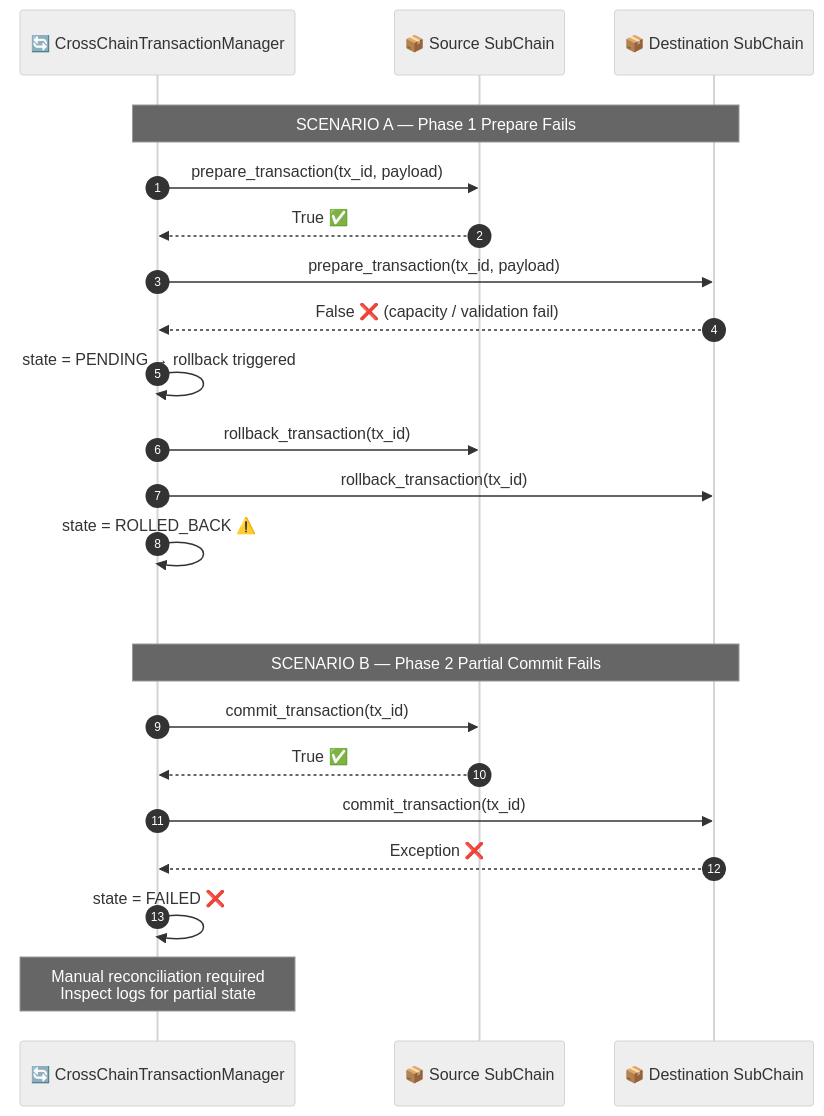
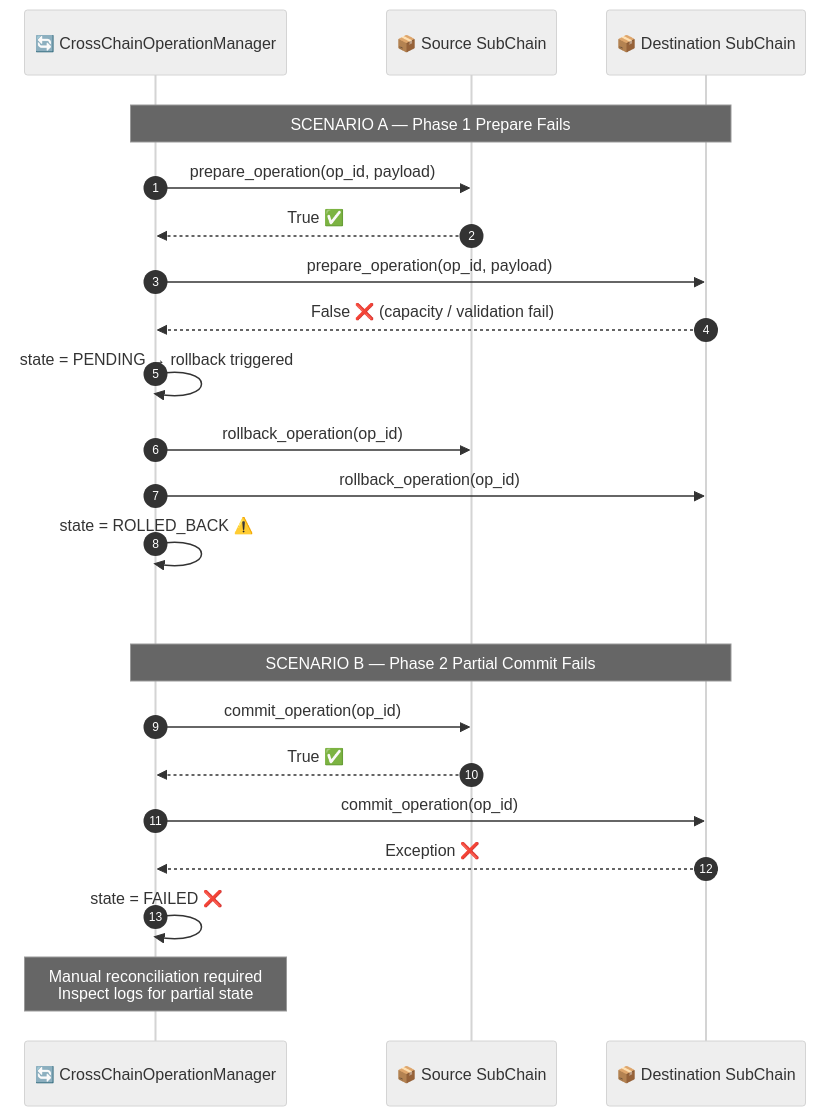
Before and after one commit to VanDung-dev/HieraChain: the second of 3 diagrams in docs/en/workflows/cross-chain-2pc.md, drawn with Mermaid (neutral theme). The commit also changed other lines of this file and 20 other files, not shown here.

First line of the commit message:
docs: sync schema changes, update file paths, and improve consistency

````diff
--- a/docs/en/workflows/cross-chain-2pc.md
+++ b/docs/en/workflows/cross-chain-2pc.md
@@ -59,29 +59,29 @@
 ```mermaid
 sequenceDiagram
     autonumber
-    participant TM as 🔄 CrossChainTransactionManager
+    participant TM as 🔄 CrossChainOperationManager
     participant SRC as 📦 Source SubChain
     participant DST as 📦 Destination SubChain
 
     rect rgb(0, 0, 0, 0)
         Note over TM,DST: SCENARIO A — Phase 1 Prepare Fails
-        TM->>SRC: prepare_transaction(tx_id, payload)
+        TM->>SRC: prepare_operation(op_id, payload)
         SRC-->>TM: True ✅
-        TM->>DST: prepare_transaction(tx_id, payload)
+        TM->>DST: prepare_operation(op_id, payload)
         DST-->>TM: False ❌  (capacity / validation fail)
         TM->>TM: state = PENDING → rollback triggered
-        TM->>SRC: rollback_transaction(tx_id)
-        TM->>DST: rollback_transaction(tx_id)
+        TM->>SRC: rollback_operation(op_id)
+        TM->>DST: rollback_operation(op_id)
         TM->>TM: state = ROLLED_BACK ⚠️
     end
 
     rect rgb(0, 0, 0, 0)
         Note over TM,DST: SCENARIO B — Phase 2 Partial Commit Fails
-        TM->>SRC: commit_transaction(tx_id)
+        TM->>SRC: commit_operation(op_id)
         SRC-->>TM: True ✅
-        TM->>DST: commit_transaction(tx_id)
+        TM->>DST: commit_operation(op_id)
         DST-->>TM: Exception ❌
         TM->>TM: state = FAILED ❌
         Note over TM: Manual reconciliation required<br/>Inspect logs for partial state
     end
 ```
````
